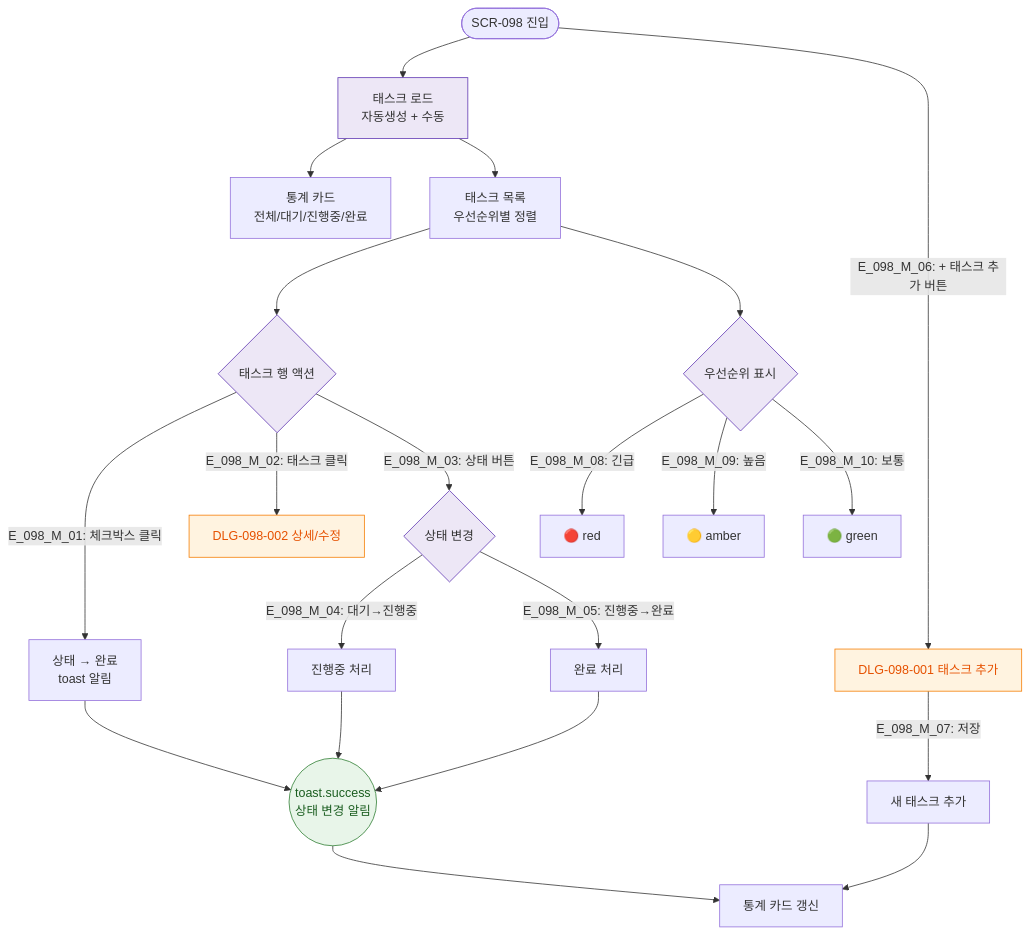
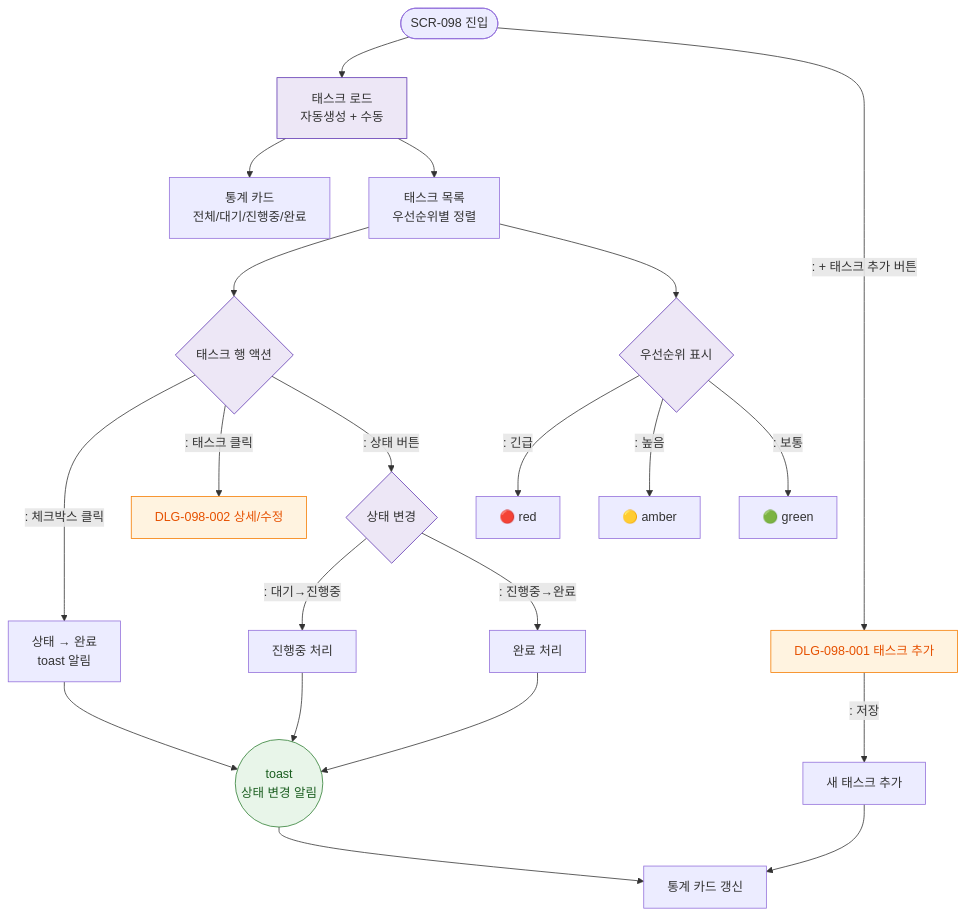
One commit to dev-spogym/admin-pando changed the diagram in docs/다이어그램/D10_본사관리/SCR-098_오늘의할일/F2_메인.md. Above: the diagram before and after it, drawn with Mermaid. The commit also changed other lines of this file and 1660 other files, not shown here.

First line of the commit message:
다이어그램: 기획자/클라이언트 납품본으로 정리

````diff
--- a/docs/다이어그램/D10_본사관리/SCR-098_오늘의할일/F2_메인.md
+++ b/docs/다이어그램/D10_본사관리/SCR-098_오늘의할일/F2_메인.md
@@ -14,36 +12,36 @@
 ```mermaid
 flowchart TD
   Start([SCR-098 진입]) --> LoadTasks[태스크 로드\n자동생성 + 수동]
 
   LoadTasks --> StatCards[통계 카드\n전체/대기/진행중/완료]
   LoadTasks --> TaskList[태스크 목록\n우선순위별 정렬]
 
   TaskList --> TaskRow{태스크 행 액션}
-  TaskRow -->|"E_098_M_01: 체크박스 클릭"| Complete[상태 → 완료\ntoast 알림]
-  TaskRow -->|"E_098_M_02: 태스크 클릭"| DLG_002[DLG-098-002 상세/수정]
-  TaskRow -->|"E_098_M_03: 상태 버튼"| StatusChange{상태 변경}
+  TaskRow -->|": 체크박스 클릭"|Complete[상태 → 완료\ntoast 알림]
+  TaskRow -->|": 태스크 클릭"|DLG_002[DLG-098-002 상세/수정]
+  TaskRow -->|": 상태 버튼"|StatusChange{상태 변경}
 
-  StatusChange -->|"E_098_M_04: 대기→진행중"| Pending2Progress[진행중 처리]
-  StatusChange -->|"E_098_M_05: 진행중→완료"| Progress2Done[완료 처리]
+  StatusChange -->|": 대기→진행중"|Pending2Progress[진행중 처리]
+  StatusChange -->|": 진행중→완료"|Progress2Done[완료 처리]
 
-  Complete & Pending2Progress & Progress2Done --> ToastFeedback((toast.success\n상태 변경 알림))
+  Complete & Pending2Progress & Progress2Done --> ToastFeedback((toast\n상태 변경 알림))
   ToastFeedback --> StatRefresh[통계 카드 갱신]
 
-  Start -->|"E_098_M_06: + 태스크 추가 버튼"| DLG_001[DLG-098-001 태스크 추가]
-  DLG_001 -->|"E_098_M_07: 저장"| NewTask[새 태스크 추가]
+  Start -->|": + 태스크 추가 버튼"|DLG_001[DLG-098-001 태스크 추가]
+  DLG_001 -->|": 저장"|NewTask[새 태스크 추가]
   NewTask --> StatRefresh
 
   TaskList --> Priority{우선순위 표시}
-  Priority -->|"E_098_M_08: 긴급"| PriorityRed[🔴 red]
-  Priority -->|"E_098_M_09: 높음"| PriorityAmber[🟡 amber]
-  Priority -->|"E_098_M_10: 보통"| PriorityGreen[🟢 green]
+  Priority -->|": 긴급"|PriorityRed[🔴 red]
+  Priority -->|": 높음"|PriorityAmber[🟡 amber]
+  Priority -->|": 보통"|PriorityGreen[🟢 green]
 
   classDef screen fill:#E3F2FD,stroke:#1976D2,color:#0D47A1
   classDef modal fill:#FFF3E0,stroke:#F57C00,color:#E65100
   classDef system fill:#EDE7F6,stroke:#5E35B2
   classDef success fill:#E8F5E9,stroke:#2E7D32,color:#1B5E20
 
   class DLG_001,DLG_002 modal
   class LoadTasks,TaskRow,StatusChange,Priority system
   class ToastFeedback success
 ```
````
